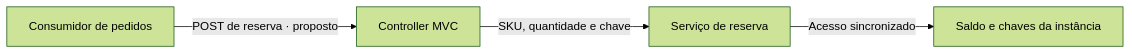
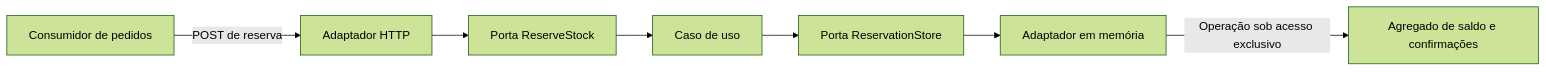
The diagram in example/tasks/prd-reserva-estoque/blueprint.md (murilohenzo/sdd-java), drawn with Mermaid (forest theme) before and after one commit. The commit also changed other lines of this file and 34 other files, not shown here.

````diff
--- a/example/tasks/prd-reserva-estoque/blueprint.md
+++ b/example/tasks/prd-reserva-estoque/blueprint.md
@@ -11,6 +11,9 @@
 ```mermaid
 flowchart LR
-    Cliente["Consumidor de pedidos"] -->|"POST de reserva · proposto"| MVC["Controller MVC"]
-    MVC -->|"SKU, quantidade e chave"| Servico["Serviço de reserva"]
-    Servico -->|"Acesso sincronizado"| Memoria["Saldo e chaves da instância"]
+    Cliente["Consumidor de pedidos"] -->|"POST de reserva"| MVC["Adaptador HTTP"]
+    MVC --> Entrada["Porta ReserveStock"]
+    Entrada --> Caso["Caso de uso"]
+    Caso --> Saida["Porta ReservationStore"]
+    Saida --> Memoria["Adaptador em memória"]
+    Memoria -->|"Operação sob acesso exclusivo"| Dominio["Agregado de saldo e confirmações"]
 ```
````
